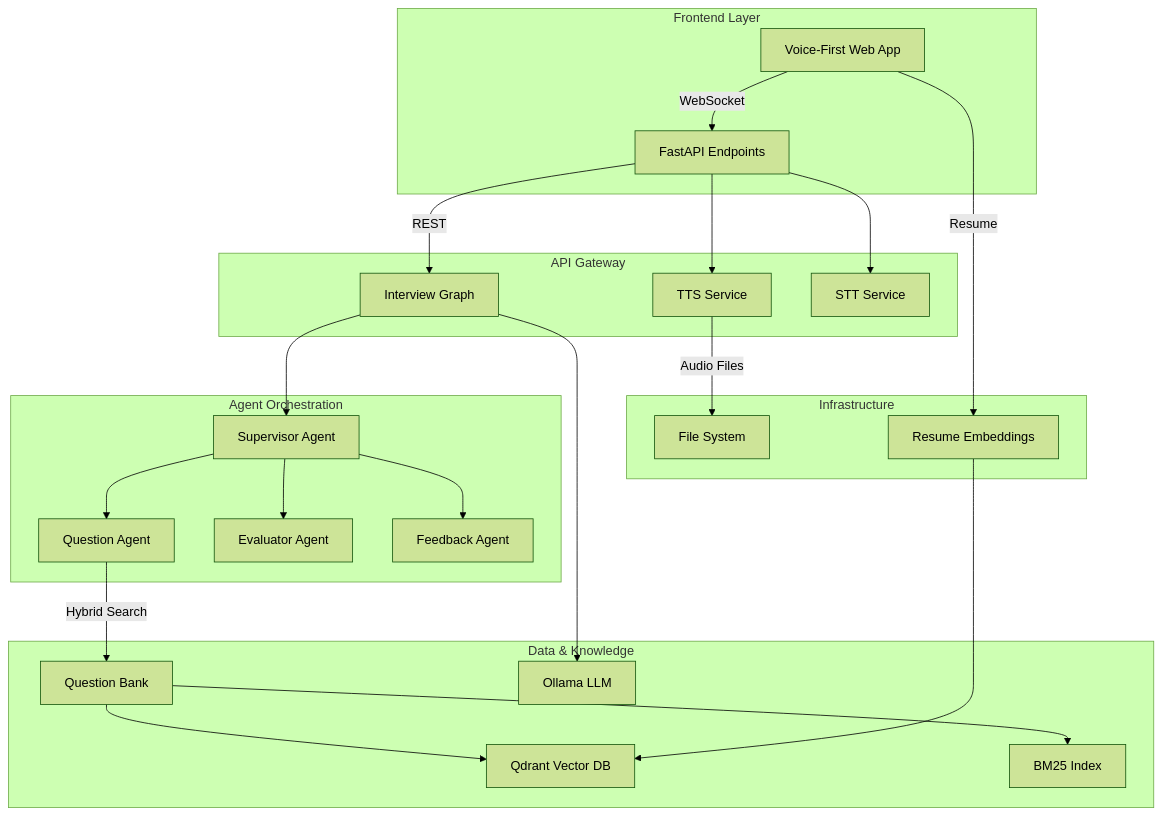
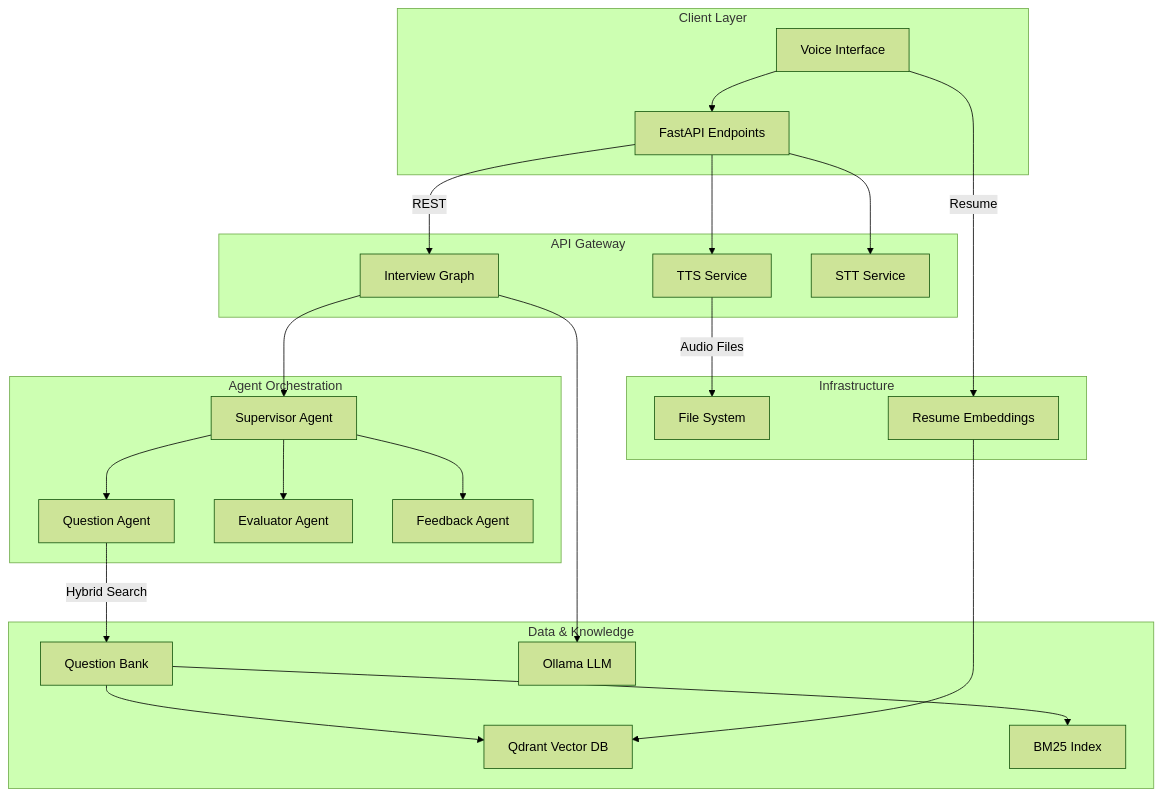
The first of 2 diagrams in README.md (tanishq450/Ai_interviewer), drawn with Mermaid (forest theme) before and after one commit. The commit also changed other lines of this file and 1 other file, not shown here.

````diff
--- a/README.md
+++ b/README.md
@@ -61,33 +61,33 @@
 ```mermaid
 graph TB
-    subgraph "Frontend Layer"
-        UI[Voice-First Web App]
-        UI --> |WebSocket| API[FastAPI Endpoints]
+    subgraph "Client Layer"
+        UI[Voice Interface]
+        UI --> API[FastAPI Endpoints]
     end
     
     subgraph "API Gateway"
         API --> |REST| IG[Interview Graph]
         API --> TTS[TTS Service]
         API --> STT[STT Service]
     end
     
     subgraph "Agent Orchestration"
         IG --> SA[Supervisor Agent]
         SA --> QA[Question Agent]
         SA --> EA[Evaluator Agent]
         SA --> FA[Feedback Agent]
     end
     
     subgraph "Data & Knowledge"
         QA --> |Hybrid Search| QB[Question Bank]
         QB --> QD[Qdrant Vector DB]
         QB --> BM25[BM25 Index]
         IG --> LM[Ollama LLM]
     end
     
     subgraph "Infrastructure"
         TTS --> |Audio Files| FS[File System]
         UI --> |Resume| RE[Resume Embeddings]
         RE --> QD
     end
 ```
````
